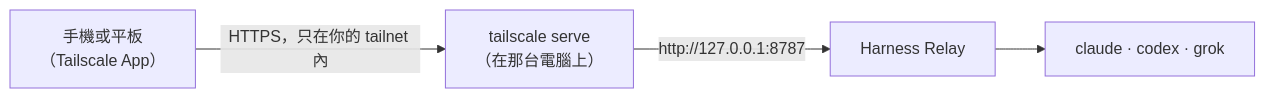
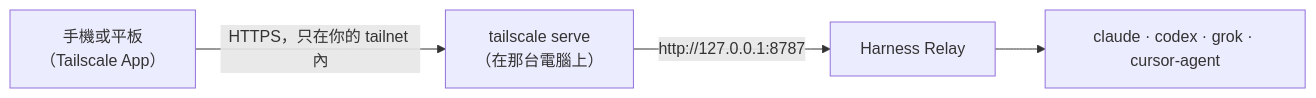
One commit to Agentic-System-Lab/harness-relay changed the diagram in docs/remote-access.zh-TW.md. Above: the diagram before and after it, drawn with Mermaid. The commit also changed other lines of this file and 56 other files, not shown here.

````diff
--- a/docs/remote-access.zh-TW.md
+++ b/docs/remote-access.zh-TW.md
@@ -7,6 +7,6 @@
 ```mermaid
 flowchart LR
   P["手機或平板<br/>（Tailscale App）"] -- "HTTPS，只在你的 tailnet 內" --> S["tailscale serve<br/>（在那台電腦上）"]
   S -- "http://127.0.0.1:8787" --> R["Harness Relay"]
-  R --> A["claude · codex · grok"]
+  R --> A["claude · codex · grok · cursor-agent"]
 ```
````
